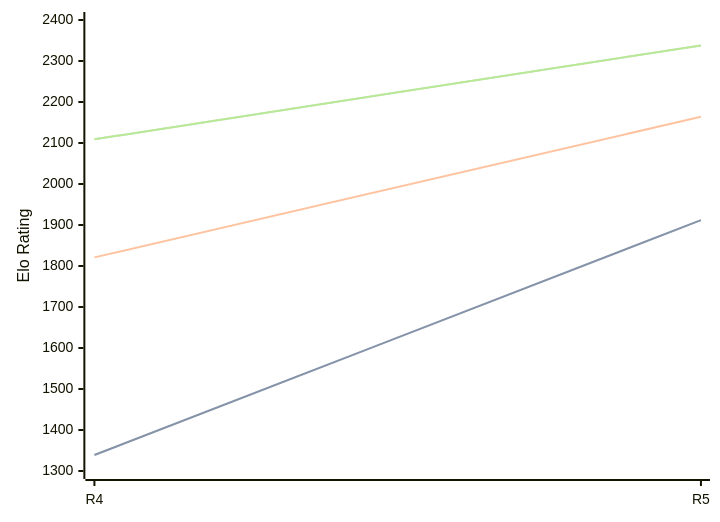
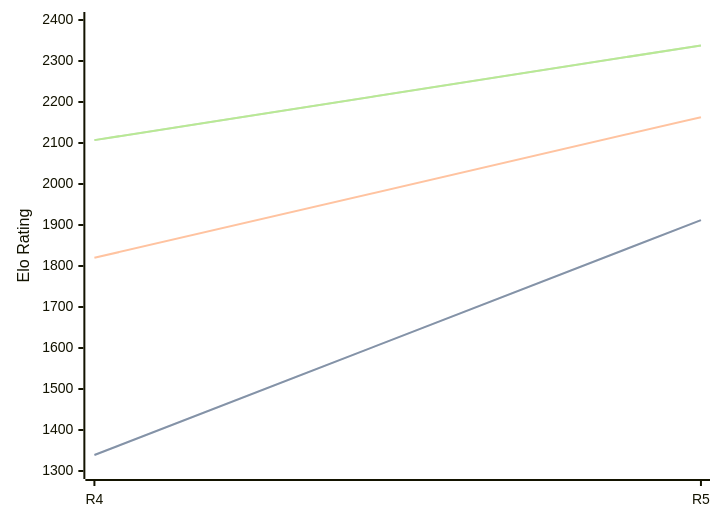
Before and after one commit to computer-chess-index/cci: the diagram in engines/Viking.md, drawn with Mermaid. The commit also changed other lines of this file, not shown here.

Commit message:
Update CCI Ratings (ELO VLTC) - 2026-08-04

````diff
--- a/engines/Viking.md
+++ b/engines/Viking.md
@@ -35,11 +35,11 @@
 ```mermaid
 %%{init: {"theme":"base","themeVariables":{"seriesColors:['#a3a3a3','#222221','#faa371']}}}%%
 xychart-beta
   x-axis ["R4", "R5"]
   y-axis "Elo Rating" 1300 --> 2400
   line "STC (8.0+0.08s)" [1339, 1912]
   line "STC (8.0+0.08s)" [1339, 1912]
-  line "LTC (60.0+0.60s)" [1821, 2164]
-  line "VLTC (2m24s+1.12s)" [2109, 2338]
-  line "VLTC (2m24s+1.12s)" [2109, 2338]
+  line "LTC (60.0+0.60s)" [1820, 2163]
+  line "VLTC (2m24s+1.12s)" [2107, 2338]
+  line "VLTC (2m24s+1.12s)" [2107, 2338]
 ```
````
